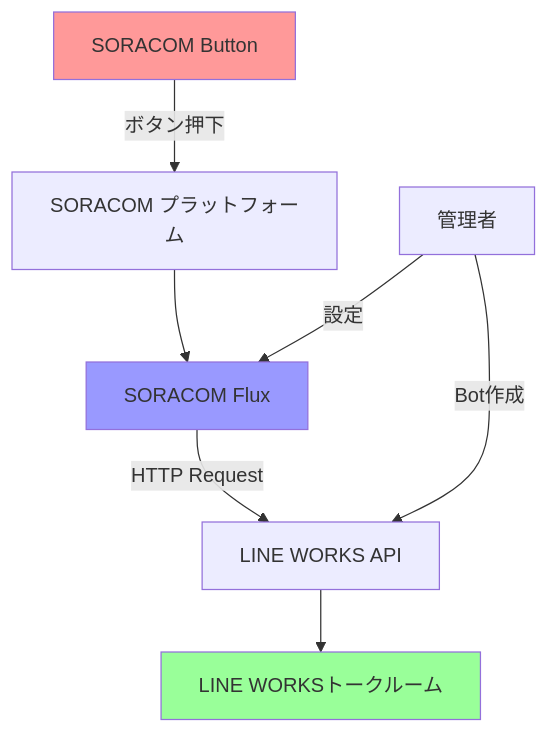
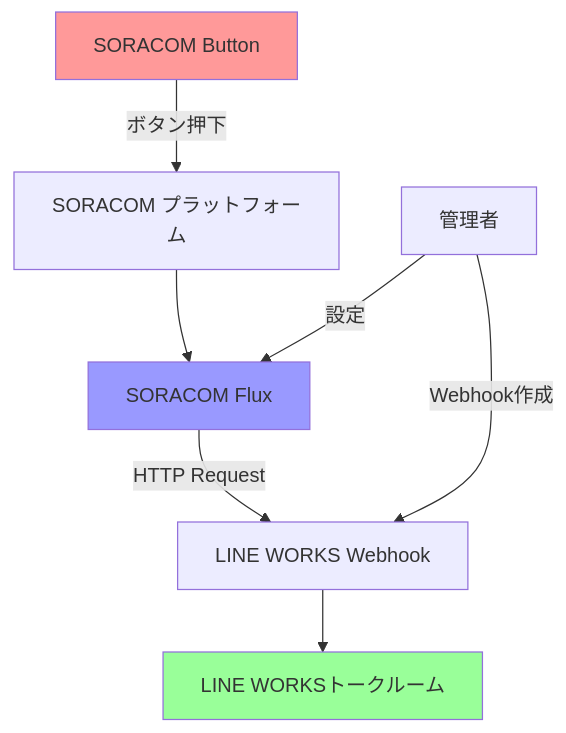
Before and after one commit to takao2704/public-zenn-docs: the first of 2 diagrams in articles/button-to-lineworks-with-flux.md, drawn with Mermaid. The commit also changed other lines of this file, not shown here.

````diff
--- a/articles/button-to-lineworks-with-flux.md
+++ b/articles/button-to-lineworks-with-flux.md
@@ -78,14 +53,14 @@
 ```mermaid
 graph TD
     A[SORACOM Button] -->|ボタン押下| B[SORACOM プラットフォーム]
     B --> C[SORACOM Flux]
-    C -->|HTTP Request| D[LINE WORKS API]
+    C -->|HTTP Request| D[LINE WORKS Webhook]
     D --> E[LINE WORKSトークルーム]
     
     F[管理者] -->|設定| C
-    F -->|Bot作成| D
+    F -->|Webhook作成| D
     
     style A fill:#ff9999
     style E fill:#99ff99
     style C fill:#9999ff
 ```
````
